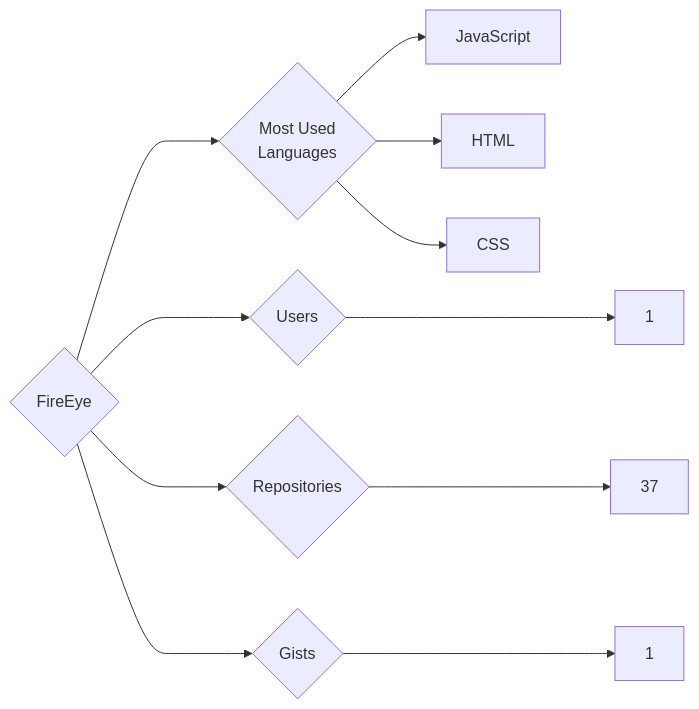
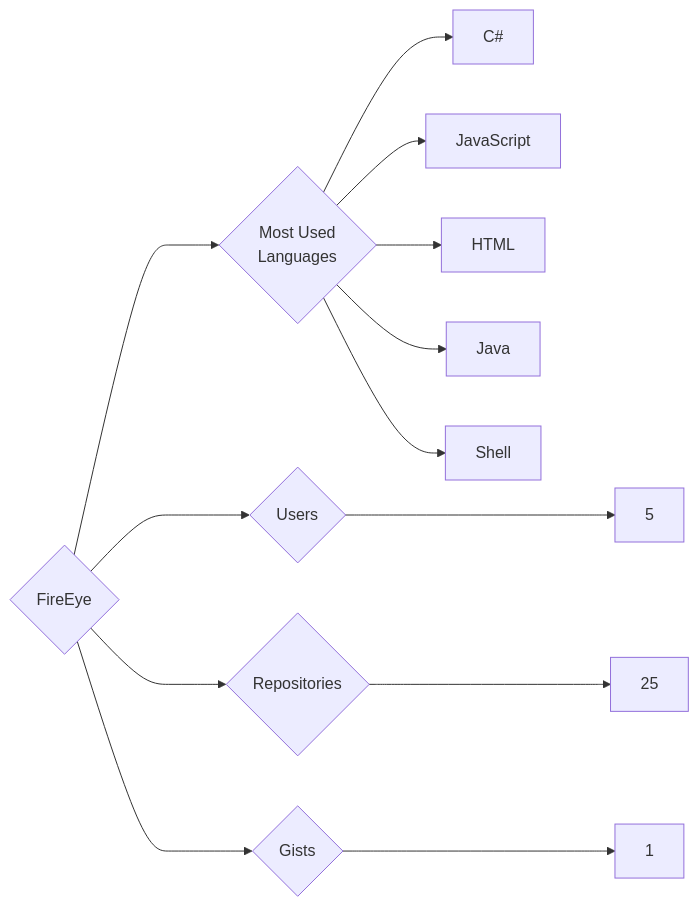
One commit to trickest/insiders changed the diagram in targets/FireEye/README.md. Above: the diagram before and after it, drawn with Mermaid. The commit also changed 938 other files, not shown here.

````diff
--- a/targets/FireEye/README.md
+++ b/targets/FireEye/README.md
@@ -3,11 +3,13 @@
 ```mermaid
 graph LR
 COMPANY_NAME{FireEye}
-COMPANY_NAME ---> U{Users} ---> UN[1]
-COMPANY_NAME ---> R{Repositories} ---> RN[37]
+COMPANY_NAME ---> U{Users} ---> UN[5]
+COMPANY_NAME ---> R{Repositories} ---> RN[25]
 COMPANY_NAME ---> G{Gists} ---> GN[1]
 COMPANY_NAME ---> ML{Most Used<br>Languages}
+ML --> C#[C#]
 ML --> JavaScript[JavaScript]
 ML --> HTML[HTML]
-ML --> CSS[CSS]
+ML --> Java[Java]
+ML --> Shell[Shell]
 ```
````
